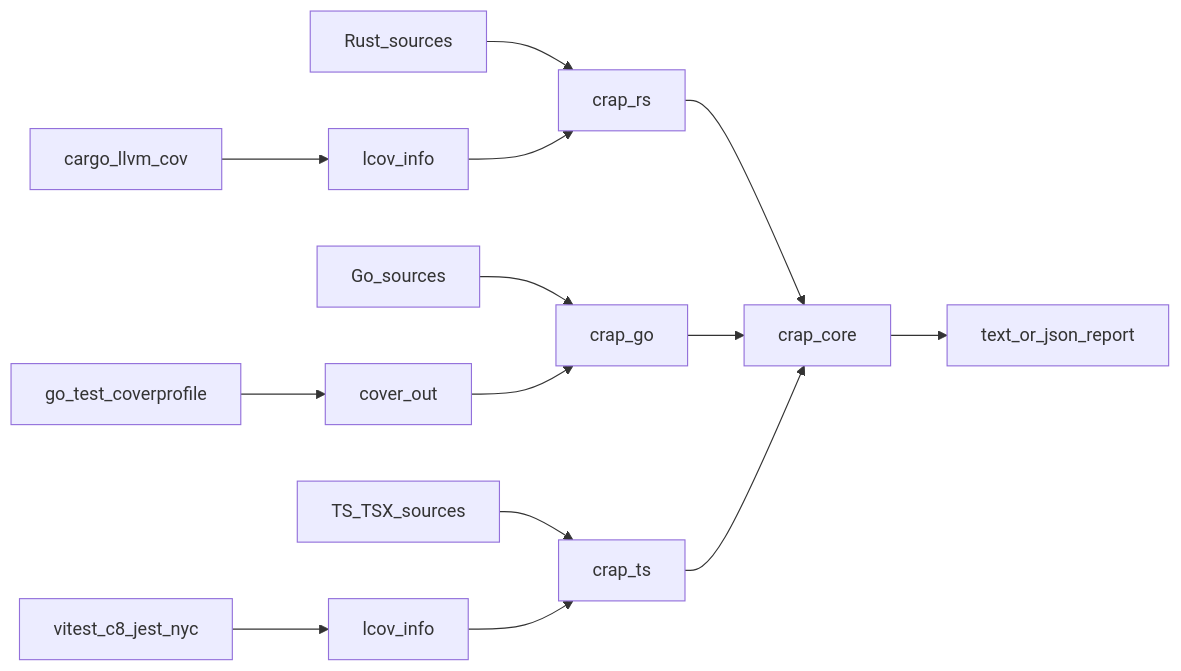
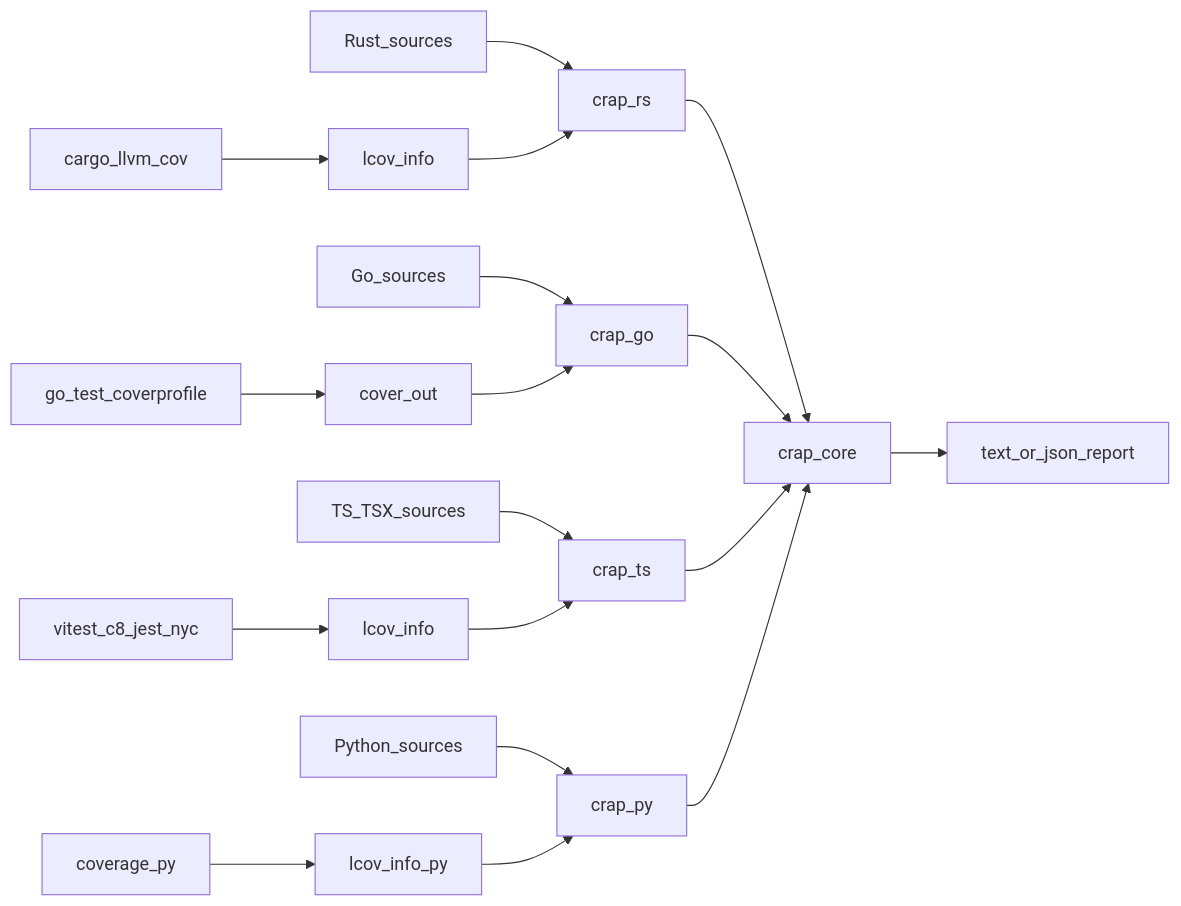
The first of 6 diagrams in .agents/docs/ARCHITECTURE.md (deangrant/crap-analyzer), drawn with Mermaid before and after one commit. The commit also changed other lines of this file and 140 other files, not shown here.

First line of the commit message:
feat(crap-py): Add Python frontend with LCOV join and indent visitor (#4)

````diff
--- a/.agents/docs/ARCHITECTURE.md
+++ b/.agents/docs/ARCHITECTURE.md
@@ -54,16 +56,20 @@
 ```mermaid
 flowchart LR
   llvmCov[cargo_llvm_cov] --> Lcov[lcov_info]
   SourcesRs[Rust_sources] --> CrapRs[crap_rs]
   Lcov --> CrapRs
   CrapRs --> Core[crap_core]
   goTest[go_test_coverprofile] --> CoverOut[cover_out]
   SourcesGo[Go_sources] --> CrapGo[crap_go]
   CoverOut --> CrapGo
   CrapGo --> Core
   jsCov[vitest_c8_jest_nyc] --> LcovTs[lcov_info]
   SourcesTs[TS_TSX_sources] --> CrapTs[crap_ts]
   LcovTs --> CrapTs
   CrapTs --> Core
+  covPy[coverage_py] --> LcovPy[lcov_info_py]
+  SourcesPy[Python_sources] --> CrapPy[crap_py]
+  LcovPy --> CrapPy
+  CrapPy --> Core
   Core --> Report[text_or_json_report]
 ```
````
